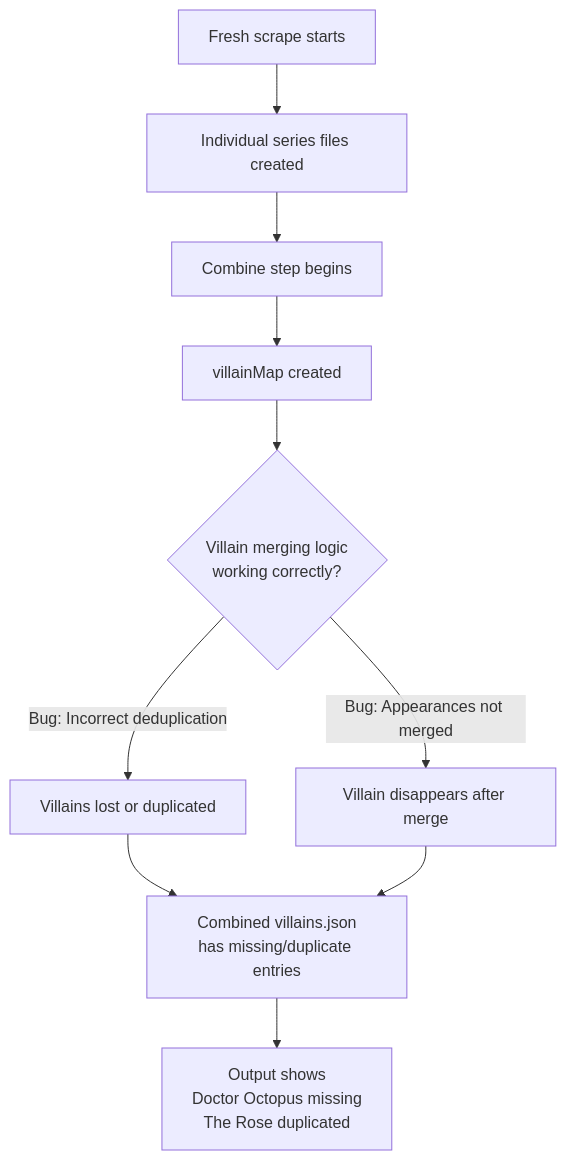
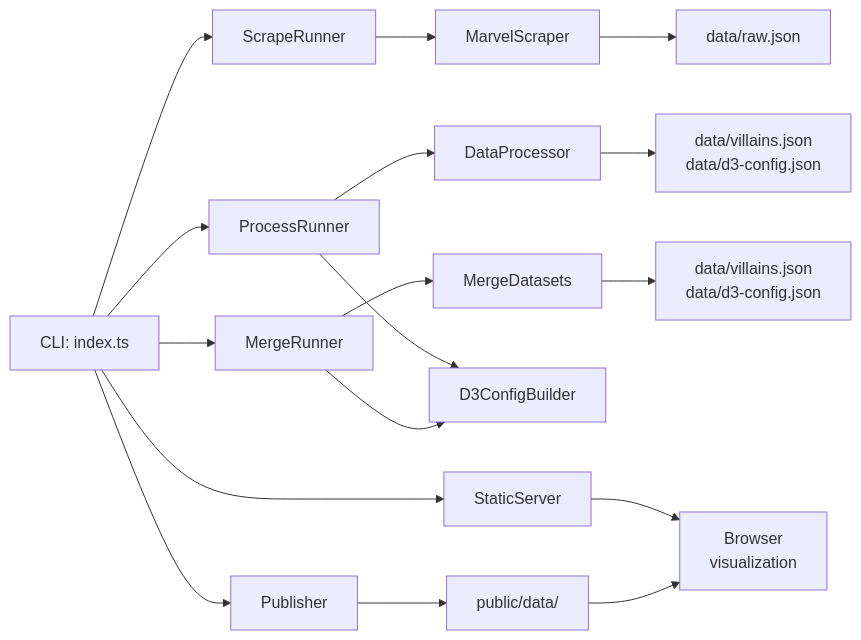
One commit to liammcnabb/spider-man-villain-viz changed the sixth of 6 diagrams in DATA_FLOW_DIAGRAM.md. Above: the diagram before and after it, drawn with Mermaid. The commit also changed other lines of this file and 7 other files, not shown here.

````diff
--- a/DATA_FLOW_DIAGRAM.md
+++ b/DATA_FLOW_DIAGRAM.md
@@ -66,15 +176,25 @@
 ```mermaid
-graph TD
-    A["Fresh scrape starts"] --> B["Individual series files created"]
-    B --> C["Combine step begins"]
-    C --> D["villainMap created"]
+graph LR
+    CLI["CLI: index.ts"]
     
-    D --> E{"Villain merging logic<br/>working correctly?"}
-    E -->|Bug: Incorrect deduplication| F["Villains lost or duplicated"]
-    E -->|Bug: Appearances not merged| G["Villain disappears after merge"]
+    CLI --> SR["ScrapeRunner"]
+    CLI --> PR["ProcessRunner"]
+    CLI --> MR["MergeRunner"]
+    CLI --> PUB["Publisher"]
+    CLI --> SS["StaticServer"]
     
-    F --> H["Combined villains.json<br/>has missing/duplicate entries"]
-    G --> H
+    SR --> MS["MarvelScraper"]
+    PR --> DP["DataProcessor"]
+    PR --> DCB["D3ConfigBuilder"]
+    MR --> MD["MergeDatasets"]
+    MR --> DCB
     
-    H --> I["Output shows<br/>Doctor Octopus missing<br/>The Rose duplicated"]
+    MS --> RAW["data/raw.json"]
+    DP --> PROC["data/villains.json<br/>data/d3-config.json"]
+    MD --> COMB["data/villains.json<br/>data/d3-config.json"]
+    
+    PUB --> PUBLIC["public/data/"]
+    SS --> BROWSER["Browser<br/>visualization"]
+    
+    PUBLIC --> BROWSER
 ```
````
